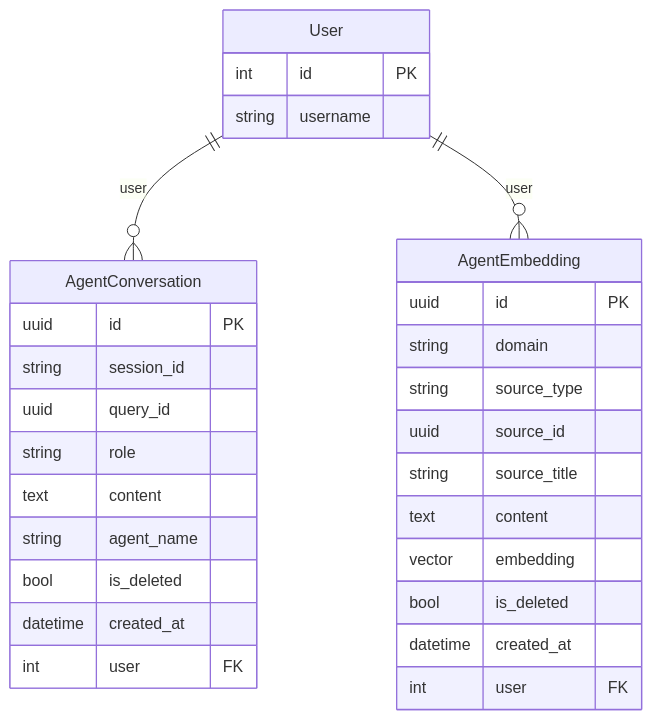
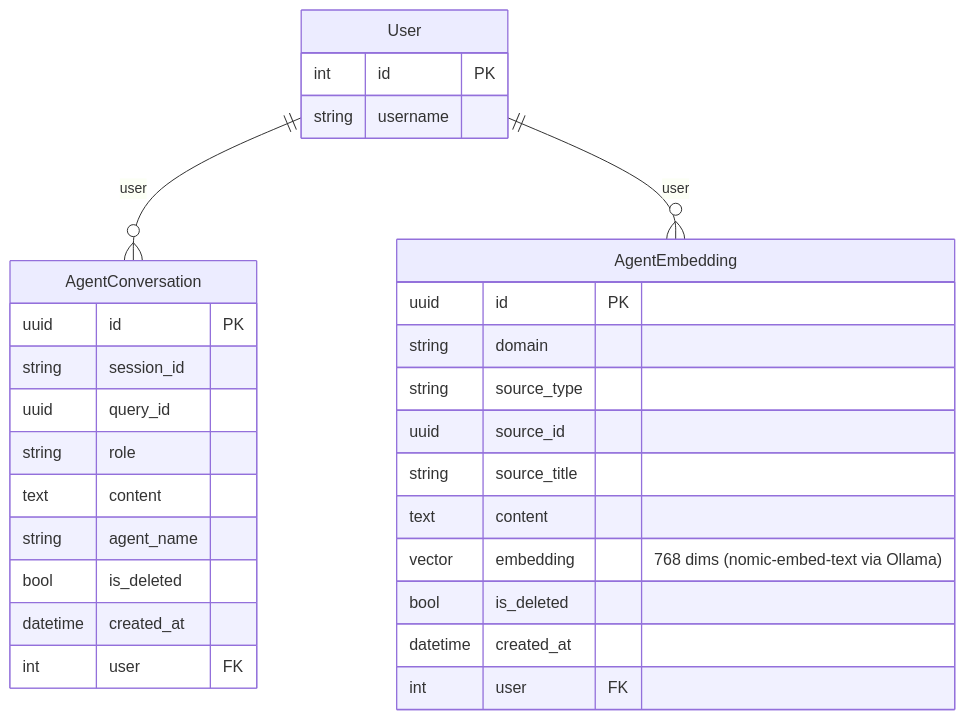
Before and after one commit to tarcisioribeiro/Axiom: diagram 24 of 24 in documentation/architecture/diagrams.md, drawn with Mermaid. The commit also changed other lines of this file and 5 other files, not shown here.

Commit message:
docs: updated diagrams

````diff
--- a/documentation/architecture/diagrams.md
+++ b/documentation/architecture/diagrams.md
@@ -847,35 +1883,35 @@
 ```mermaid
 erDiagram
     User {
         int id PK
         string username
     }
 
     AgentConversation {
         uuid id PK
         string session_id
         uuid query_id
         string role
         text content
         string agent_name
         bool is_deleted
         datetime created_at
         int user FK
     }
 
     AgentEmbedding {
         uuid id PK
         string domain
         string source_type
         uuid source_id
         string source_title
         text content
-        vector embedding
+        vector embedding "768 dims (nomic-embed-text via Ollama)"
         bool is_deleted
         datetime created_at
         int user FK
     }
 
     User ||--o{ AgentConversation : "user"
     User ||--o{ AgentEmbedding : "user"
 ```
````
